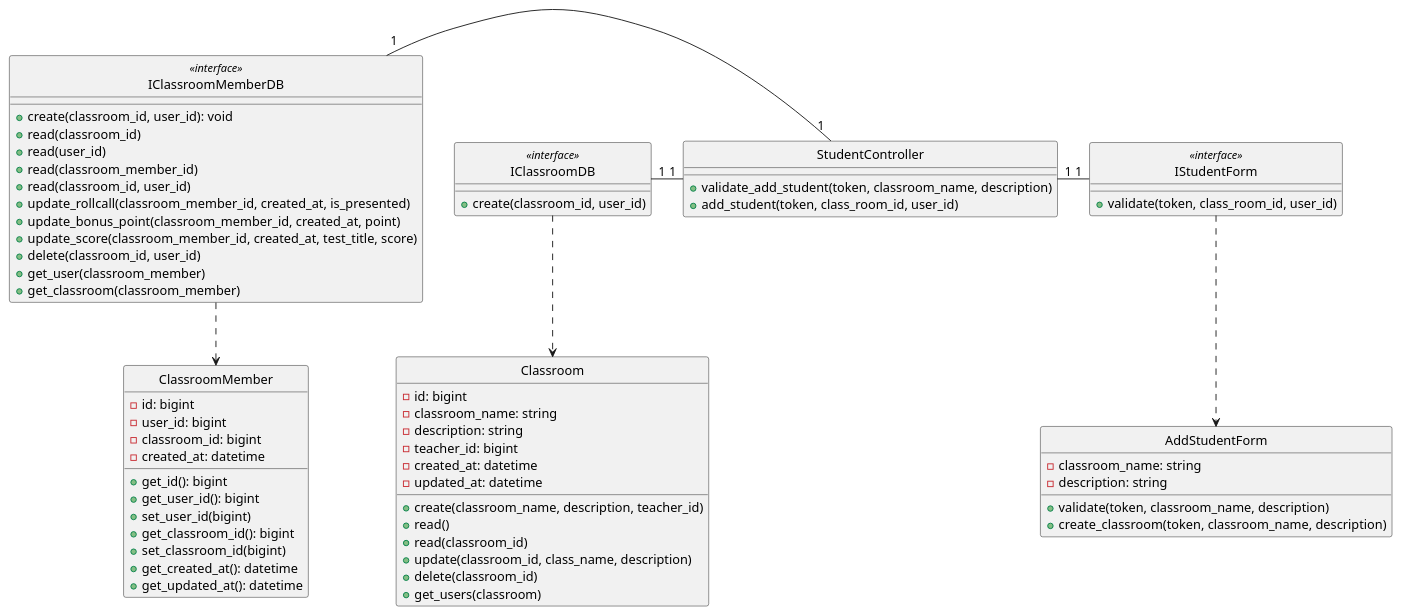
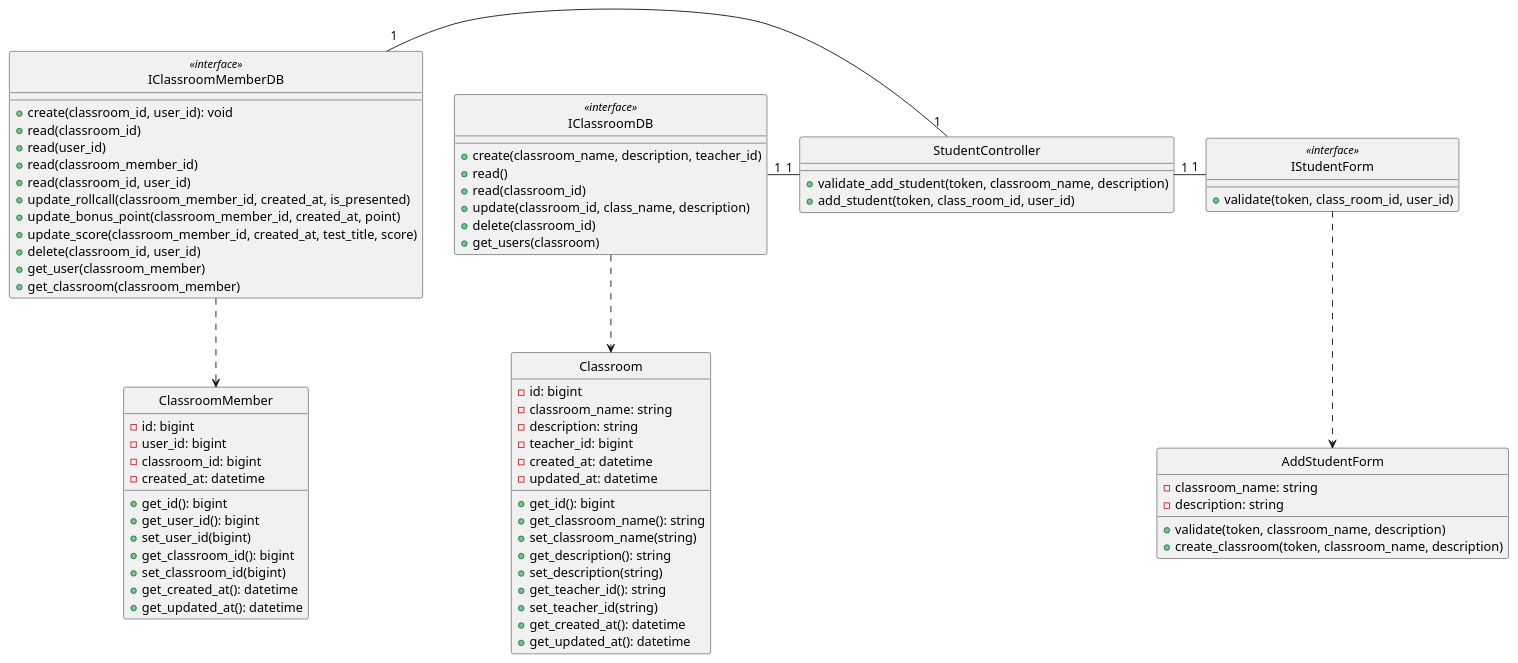
One commit to anonyhostvn/OOAD-Diagram changed the diagram in class - design/student/addStudent.plantuml. Above: the diagram before and after it, drawn with PlantUML. The commit also changed 8 other files, not shown here.

```diff
--- a/class - design/student/addStudent.plantuml
+++ b/class - design/student/addStudent.plantuml
@@ -1,89 +1,96 @@
 @startuml addStudent
 
 class Classroom {
     - id: bigint
     - classroom_name: string
     - description: string
     - teacher_id: bigint
     - created_at: datetime
     - updated_at: datetime
 
+    + get_id(): bigint
+    + get_classroom_name(): string
+    + set_classroom_name(string)
+    + get_description(): string
+    + set_description(string)
+    + get_teacher_id(): string
+    + set_teacher_id(string)
+    + get_created_at(): datetime
+    + get_updated_at(): datetime
+}
+
+class IClassroomDB <<interface>> {
     + create(classroom_name, description, teacher_id)
     + read()
     + read(classroom_id)
     + update(classroom_id, class_name, description)
     + delete(classroom_id)
     + get_users(classroom)
-
-}
-
-class IClassroomDB <<interface>> {
-    + create(classroom_id, user_id)
 }
 
 class AddStudentForm {
     - classroom_name: string
     - description: string
 
     + validate(token, classroom_name, description)
     + create_classroom(token, classroom_name, description)
 }
 
 class IStudentForm <<interface>> {
     + validate(token, class_room_id, user_id)
 }
 
 class StudentController {
     + validate_add_student(token, classroom_name, description)
     + add_student(token, class_room_id, user_id)
 }
 
 
 class ClassroomMember {
     - id: bigint
     - user_id: bigint
     - classroom_id: bigint
     - created_at: datetime
 
     + get_id(): bigint
     + get_user_id(): bigint
     + set_user_id(bigint)
     + get_classroom_id(): bigint
     + set_classroom_id(bigint)
     + get_created_at(): datetime
     + get_updated_at(): datetime
 }
 
 class IClassroomMemberDB <<interface>> {
     + create(classroom_id, user_id): void
     + read(classroom_id)
     + read(user_id)
     + read(classroom_member_id)
     + read(classroom_id, user_id)
     + update_rollcall(classroom_member_id, created_at, is_presented)
     + update_bonus_point(classroom_member_id, created_at, point)
     + update_score(classroom_member_id, created_at, test_title, score)
     + delete(classroom_id, user_id)
     + get_user(classroom_member)
     + get_classroom(classroom_member)
 }
 
 hide Classroom circle
 hide IClassroomDB <<interface>> circle
 hide AddStudentForm circle
 hide IStudentForm <<interface>> circle
 hide StudentController circle
 hide IClassroomMemberDB <<interface>> circle
 hide ClassroomMember circle
 
 
 IClassroomDB -down.> Classroom
 IStudentForm .down.> AddStudentForm
 IClassroomMemberDB .down.> ClassroomMember
 StudentController "1"-left-"1" IClassroomDB
 IStudentForm "1"-left-"1" StudentController
 StudentController "1"-left-"1" IClassroomMemberDB
 
 
 
 @enduml
```
